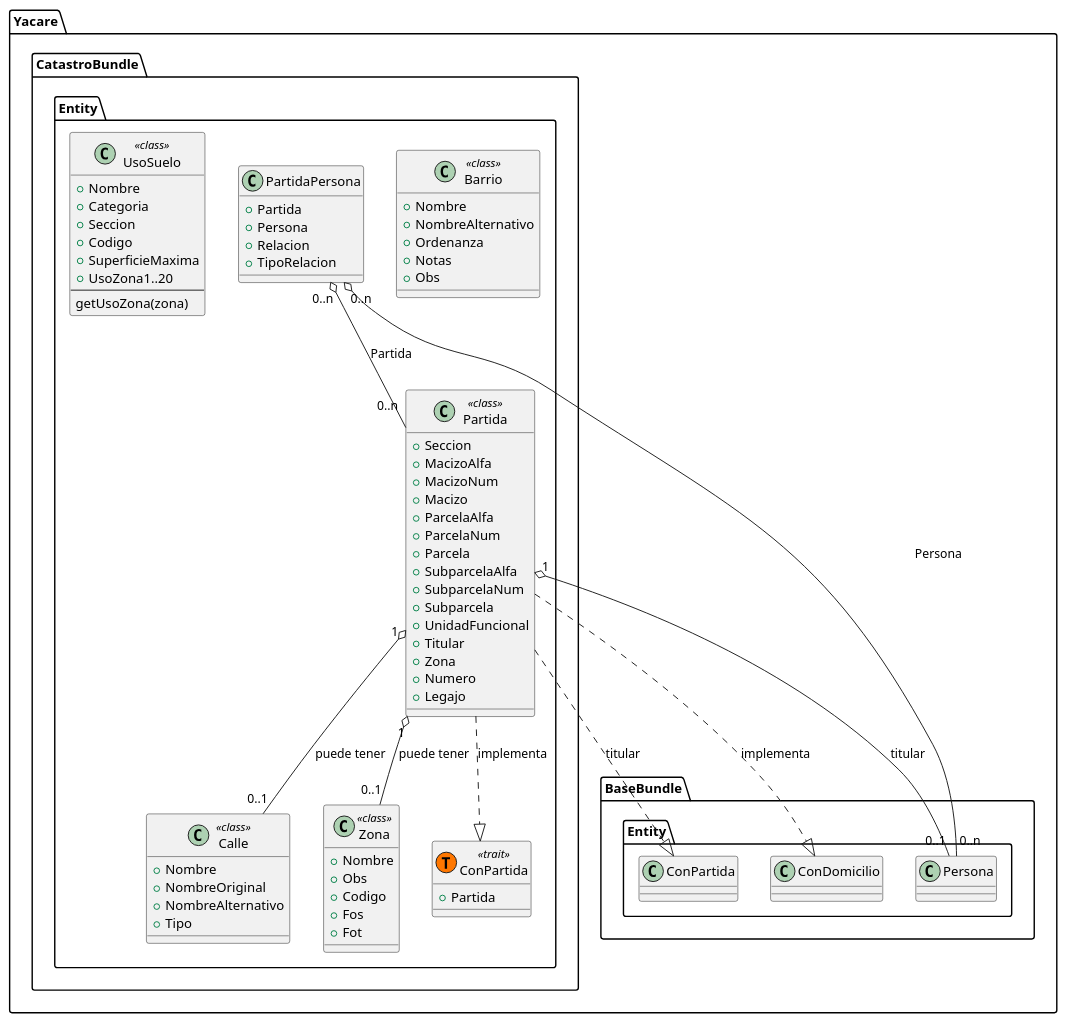
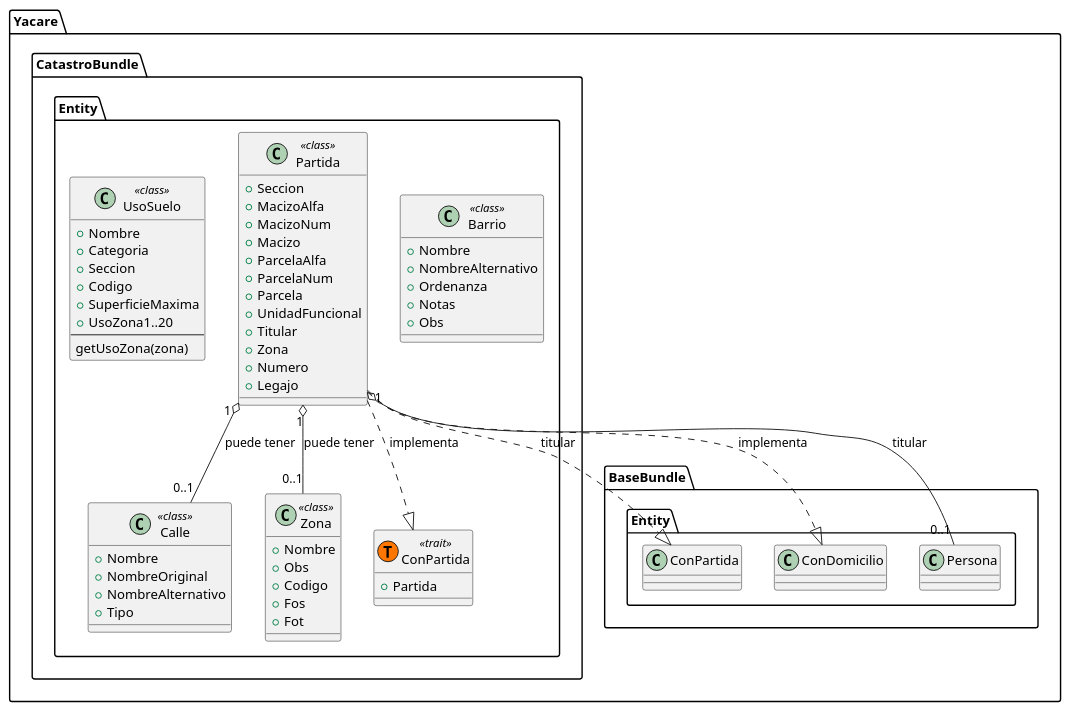
Before and after one commit to Drake86cnf/yacare: the diagram in docs/Clases/Yacare/Catastro/DC_Entidades.pu, drawn with PlantUML. The commit also changed 5 other files, not shown here.

```diff
--- a/docs/Clases/Yacare/Catastro/DC_Entidades.pu
+++ b/docs/Clases/Yacare/Catastro/DC_Entidades.pu
@@ -1,79 +1,65 @@
 @startuml
 
 namespace Yacare.CatastroBundle.Entity  {
 	class Calle <<class>> {
 		+Nombre
 		+NombreOriginal
 		+NombreAlternativo
 		+Tipo
 	}
 
 	class Barrio <<class>> {
 		+Nombre
 		+NombreAlternativo
 		+Ordenanza
 		+Notas
 		+Obs
 	}
 	
 	class Partida <<class>> {
 		+Seccion
 		+MacizoAlfa
 		+MacizoNum
 		+Macizo
 		+ParcelaAlfa
 		+ParcelaNum
 		+Parcela
-		+SubparcelaAlfa
-		+SubparcelaNum
-		+Subparcela
 		+UnidadFuncional
 		+Titular
 		+Zona
 		+Numero
 		+Legajo
-	}
-	
-	class PartidaPersona {
-		+Partida
-		+Persona
-		+Relacion
-		+TipoRelacion
 	}
 	
 	class UsoSuelo <<class>> {
 		+Nombre
 		+Categoria
 		+Seccion
 		+Codigo
 		+SuperficieMaxima
 		+UsoZona1..20
 		--
 		getUsoZona(zona)
 	}
 	
 	class Zona <<class>> {
 		+Nombre
 		+Obs
 		+Codigo
 		+Fos
 		+Fot
 	}
 	class ConPartida <<(T,#FF7700) trait>> {
 		+Partida
 		
 	}
-
-	Partida ..|> Yacare.BaseBundle.Entity.ConPartida : titular
-	Partida ..|> Yacare.BaseBundle.Entity.ConDomicilio : implementa
-	Partida ..|> ConPartida : implementa
-	Partida "1" o-- "0..1" Yacare.BaseBundle.Entity.Persona : titular
-	Partida "1" o-- "0..1" Calle : puede tener
-	Partida "1" o-- "0..1" Zona : puede tener
-	
-	PartidaPersona "0..n" o-- "0..n" Yacare.BaseBundle.Entity.Persona : Persona
-	PartidaPersona "0..n" o-- "0..n" Partida : Partida	
+	Yacare.CatastroBundle.Entity.Partida ..|> Yacare.BaseBundle.Entity.ConPartida : titular
+	Yacare.CatastroBundle.Entity.Partida ..|> Yacare.BaseBundle.Entity.ConDomicilio : implementa
+	Yacare.CatastroBundle.Entity.Partida ..|> Yacare.CatastroBundle.Entity.ConPartida : implementa
+	Yacare.CatastroBundle.Entity.Partida "1" o-- "0..1" Yacare.BaseBundle.Entity.Persona : titular
+	Yacare.CatastroBundle.Entity.Partida "1" o-- "0..1" Calle : puede tener
+	Yacare.CatastroBundle.Entity.Partida "1" o-- "0..1" Zona : puede tener	
 }
 
 
 @enduml
```
